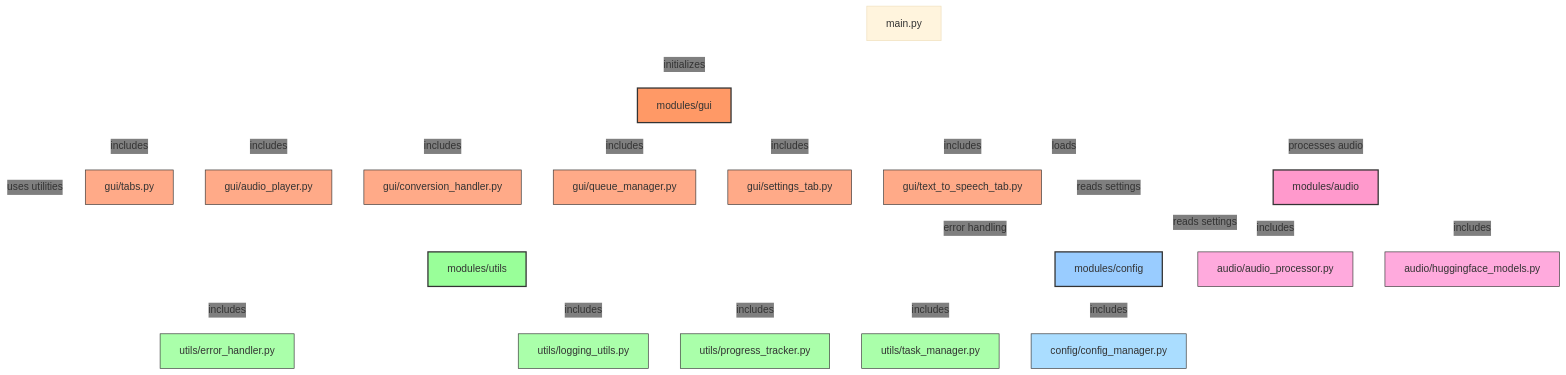
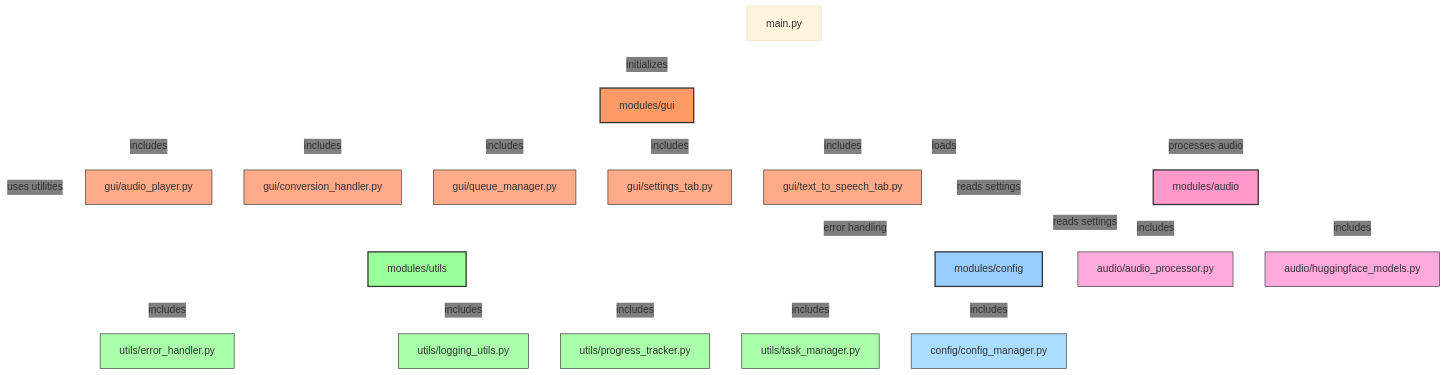
Before and after one commit to BluGenes-source/audio-to-text-app: the diagram in README.md, drawn with Mermaid. The commit also changed other lines of this file and 5 other files, not shown here.

````diff
--- a/README.md
+++ b/README.md
@@ -122,48 +108,47 @@
 ```mermaid
 %%{init: {'theme': 'base', 'themeVariables': { 'fontSize': '16px', 'fontFamily': 'arial', 'lineColor': 'white', 'edgeLabelBackground': 'transparent' }}}%%
 graph TD
     %% Main module relationships with color coding
     main[main.py] -- initializes --> gui[modules/gui]:::coreModule
     main -- loads --> config[modules/config]:::configModule
     gui -- processes audio --> audio[modules/audio]:::audioModule
     gui -- uses utilities --> utils[modules/utils]:::utilsModule
     gui -- reads settings --> config
     audio -- error handling --> utils
     audio -- reads settings --> config
     
     %% Detailed submodules
     %% GUI submodules
-    gui -- includes --> gui_tabs[gui/tabs.py]:::guiComponent
     gui -- includes --> gui_player[gui/audio_player.py]:::guiComponent
     gui -- includes --> gui_conversion[gui/conversion_handler.py]:::guiComponent
     gui -- includes --> gui_queue[gui/queue_manager.py]:::guiComponent
     gui -- includes --> gui_settings[gui/settings_tab.py]:::guiComponent
     gui -- includes --> gui_tts[gui/text_to_speech_tab.py]:::guiComponent
     
     %% Audio submodules
     audio -- includes --> audio_processor[audio/audio_processor.py]:::audioComponent
     audio -- includes --> huggingface[audio/huggingface_models.py]:::audioComponent
     
     %% Utils submodules
     utils -- includes --> error_handler[utils/error_handler.py]:::utilsComponent
     utils -- includes --> logging[utils/logging_utils.py]:::utilsComponent
     utils -- includes --> progress[utils/progress_tracker.py]:::utilsComponent
     utils -- includes --> task_manager[utils/task_manager.py]:::utilsComponent
     
     %% Config submodule
     config -- includes --> config_manager[config/config_manager.py]:::configComponent
     
     %% Define styles for different module types
     classDef coreModule fill:#f96,stroke:#333,stroke-width:2px
     classDef configModule fill:#9cf,stroke:#333,stroke-width:2px
     classDef audioModule fill:#f9c,stroke:#333,stroke-width:2px
     classDef utilsModule fill:#9f9,stroke:#333,stroke-width:2px
     
     classDef guiComponent fill:#fa8,stroke:#333,stroke-width:1px
     classDef audioComponent fill:#fad,stroke:#333,stroke-width:1px
     classDef utilsComponent fill:#afa,stroke:#333,stroke-width:1px
     classDef configComponent fill:#adf,stroke:#333,stroke-width:1px
     
     %% Define the edge/link style to be white
     linkStyle default stroke:white,stroke-width:1.5px;
 ```
````
